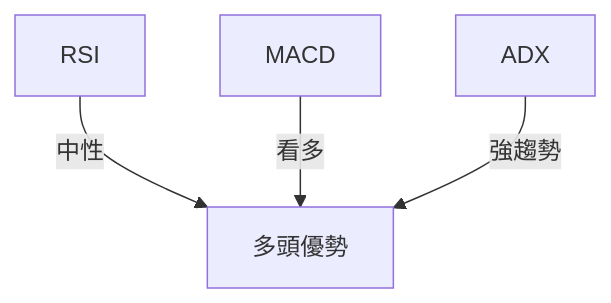
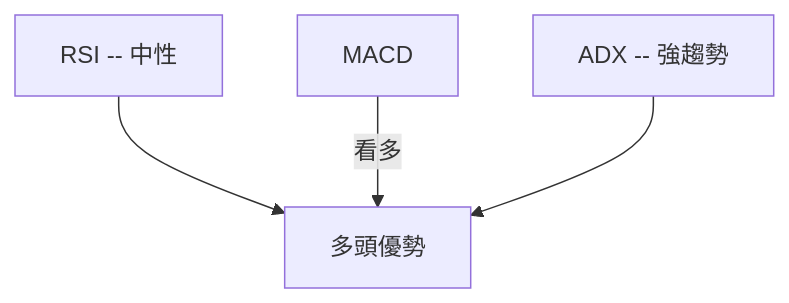
Before and after one commit to yennanliu/finance_data: the sixth of 10 diagrams in ai_gen_report/stock/goog/technical_analysis_2026-04-09_openai.md, drawn with Mermaid. The commit also changed other lines of this file and 2258 other files, not shown here.

First line of the commit message:
chore: backfill Mermaid syntax repair across existing reports

````diff
--- a/ai_gen_report/stock/goog/technical_analysis_2026-04-09_openai.md
+++ b/ai_gen_report/stock/goog/technical_analysis_2026-04-09_openai.md
@@ -230,6 +230,6 @@
 ```mermaid
 graph TD
-    RSI -- 中性 --> 結論
-    MACD -- 看多 --> 結論[多頭優勢]
-    ADX -- 強趨勢 --> 結論
+    nb1["RSI -- 中性"] --> 結論
+    MACD -- 看多 --> 結論["多頭優勢"]
+    nb2["ADX -- 強趨勢"] --> 結論
 ```
````
